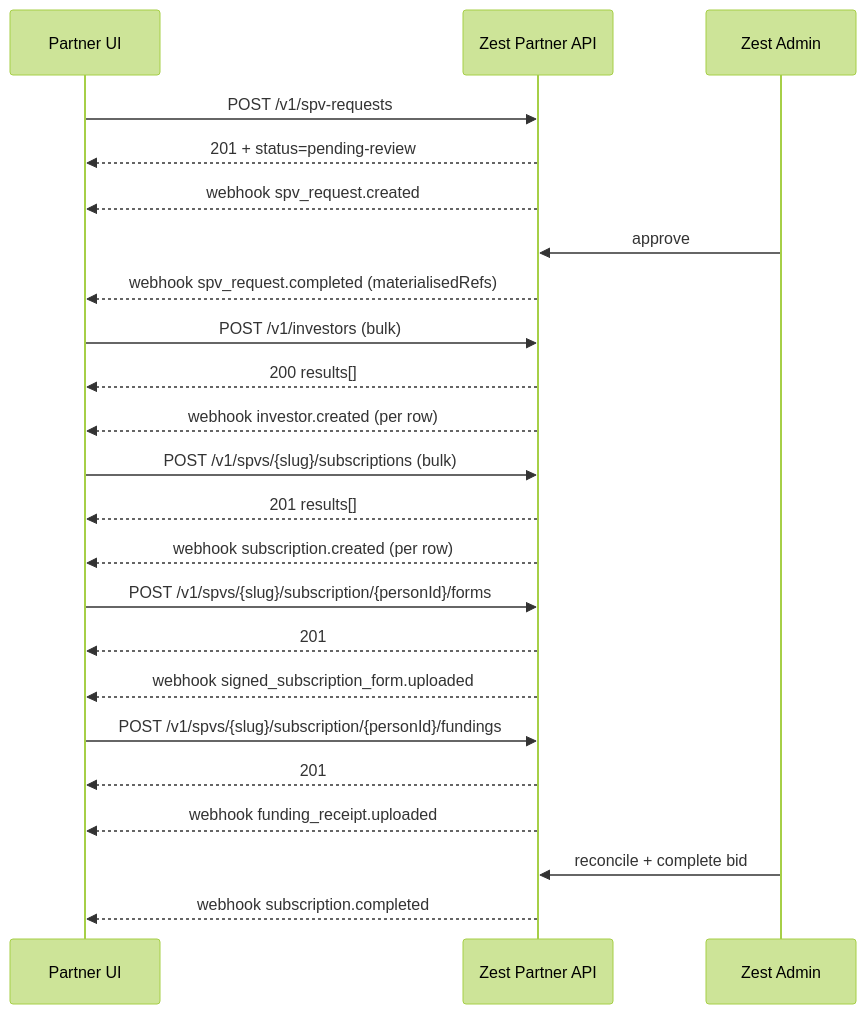
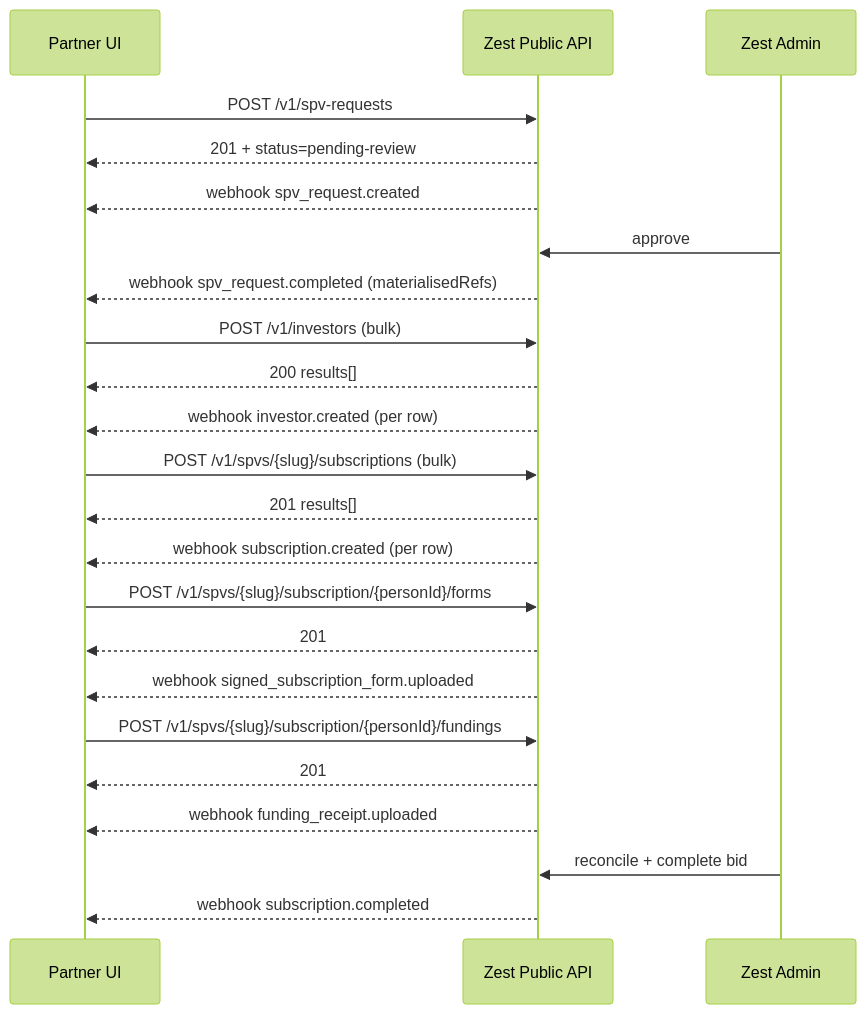
One commit to zestequity/docs changed the diagram in concepts/data-flow.mdx. Above: the diagram before and after it, drawn with Mermaid (forest theme). The commit also changed 10 other files, not shown here.

First line of the commit message:
docs: rebrand Partner API → Public API; point at public-api-staging

````diff
--- a/concepts/data-flow.mdx
+++ b/concepts/data-flow.mdx
@@ -10,31 +10,31 @@
 ```mermaid
 sequenceDiagram
     participant UI as Partner UI
-    participant API as Zest Partner API
+    participant API as Zest Public API
     participant Admin as Zest Admin
 
     UI->>API: POST /v1/spv-requests
     API-->>UI: 201 + status=pending-review
     API-->>UI: webhook spv_request.created
     Admin->>API: approve
     API-->>UI: webhook spv_request.completed (materialisedRefs)
 
     UI->>API: POST /v1/investors (bulk)
     API-->>UI: 200 results[]
     API-->>UI: webhook investor.created (per row)
 
     UI->>API: POST /v1/spvs/{slug}/subscriptions (bulk)
     API-->>UI: 201 results[]
     API-->>UI: webhook subscription.created (per row)
 
     UI->>API: POST /v1/spvs/{slug}/subscription/{personId}/forms
     API-->>UI: 201
     API-->>UI: webhook signed_subscription_form.uploaded
 
     UI->>API: POST /v1/spvs/{slug}/subscription/{personId}/fundings
     API-->>UI: 201
     API-->>UI: webhook funding_receipt.uploaded
 
     Admin->>API: reconcile + complete bid
     API-->>UI: webhook subscription.completed
 ```
````
